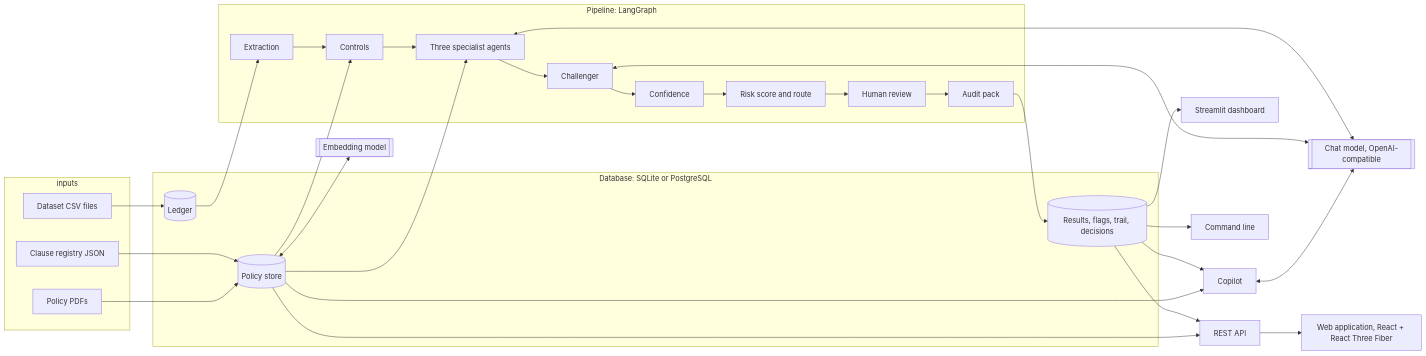
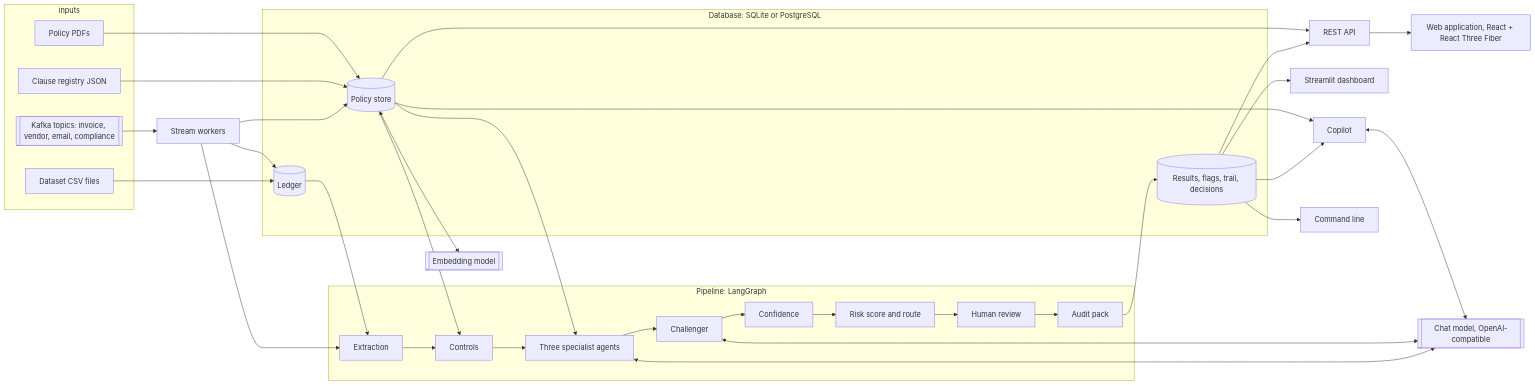
The diagram in auditiq/docs/ARCHITECTURE.md (Chandana909/major.project), drawn with Mermaid before and after one commit. The commit also changed other lines of this file and 173 other files, not shown here.

````diff
--- a/auditiq/docs/ARCHITECTURE.md
+++ b/auditiq/docs/ARCHITECTURE.md
@@ -44,42 +44,47 @@
 ```mermaid
 flowchart LR
     subgraph inputs
         CSV[Dataset CSV files]
         REG[Clause registry JSON]
         PDF[Policy PDFs]
+        KAF[[Kafka topics: invoice, vendor, email, compliance]]
     end
     subgraph store [Database: SQLite or PostgreSQL]
         LED[(Ledger)]
         POL[(Policy store)]
         AUD[(Results, flags, trail, decisions)]
     end
     subgraph pipeline [Pipeline: LangGraph]
         EXT[Extraction] --> CTL[Controls]
         CTL --> AG[Three specialist agents]
         AG --> CH[Challenger]
         CH --> CONF[Confidence]
         CONF --> SC[Risk score and route]
         SC --> REV[Human review]
         REV --> PACK[Audit pack]
     end
     LLM[[Chat model, OpenAI-compatible]]
     EMB[[Embedding model]]
     CSV --> LED
+    KAF --> WRK[Stream workers]
+    WRK --> LED
+    WRK --> EXT
+    WRK --> POL
     REG --> POL
     PDF --> POL
     LED --> EXT
     POL --> CTL
     POL --> AG
     AG <--> LLM
     CH <--> LLM
     PACK --> AUD
     AUD --> API[REST API]
     POL --> API
     API --> WEB[Web application, React + React Three Fiber]
     AUD --> DASH[Streamlit dashboard]
     AUD --> COP[Copilot]
     POL --> COP
     COP <--> LLM
     POL <--> EMB
     AUD --> CLI[Command line]
 ```
````
